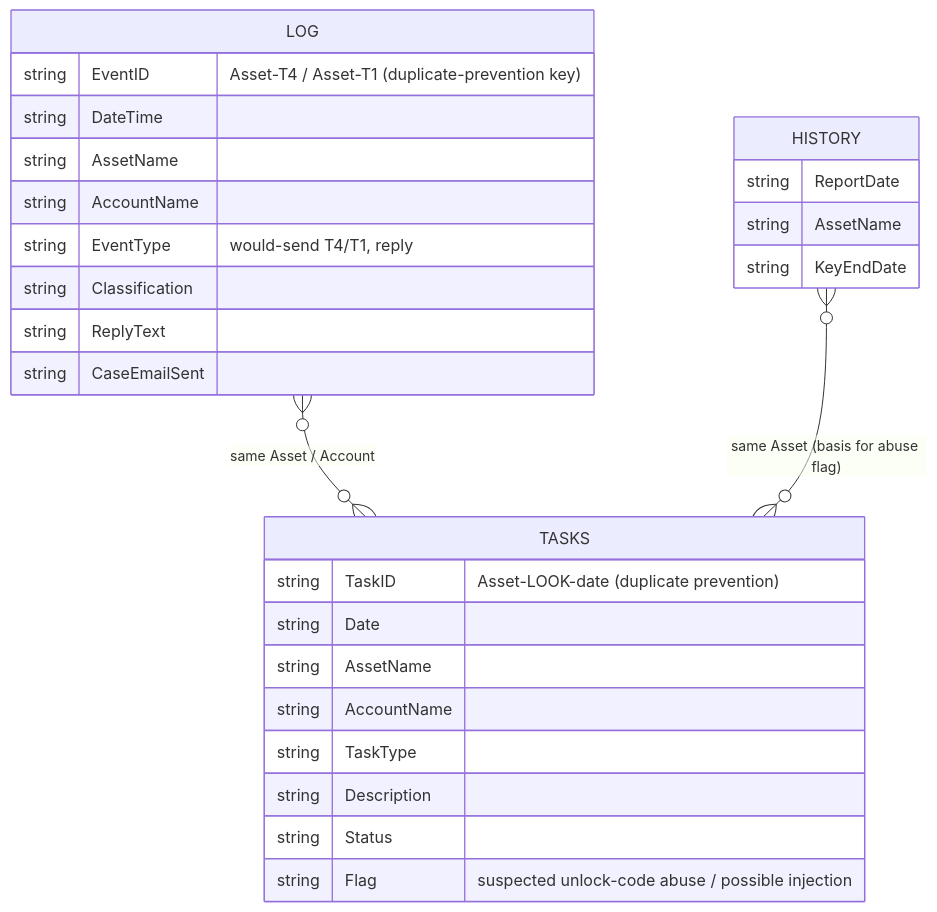
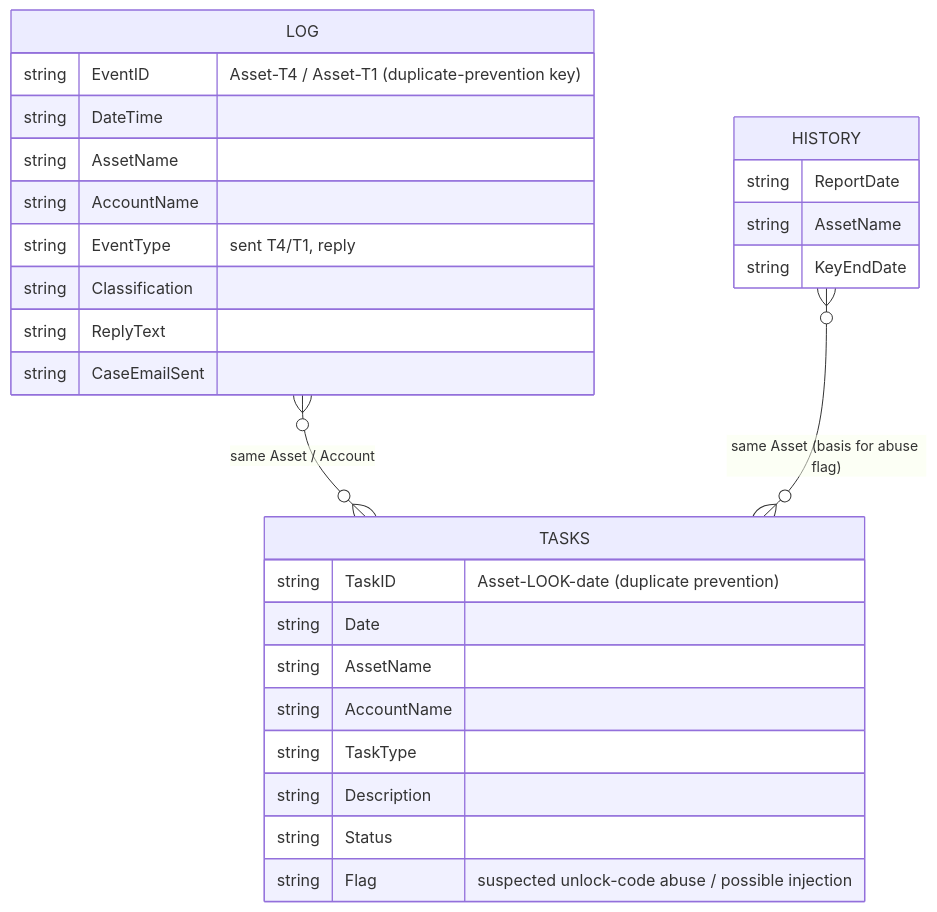
One commit to asaeltaragan-cpu/Time_limit changed the fourth of 4 diagrams in Architecture.md. Above: the diagram before and after it, drawn with Mermaid. The commit also changed other lines of this file and 3 other files, not shown here.

````diff
--- a/Architecture.md
+++ b/Architecture.md
@@ -157,30 +157,30 @@
 ```mermaid
 erDiagram
     LOG {
         string EventID "Asset-T4 / Asset-T1 (duplicate-prevention key)"
         string DateTime
         string AssetName
         string AccountName
-        string EventType "would-send T4/T1, reply"
+        string EventType "sent T4/T1, reply"
         string Classification
         string ReplyText
         string CaseEmailSent
     }
     TASKS {
         string TaskID "Asset-LOOK-date (duplicate prevention)"
         string Date
         string AssetName
         string AccountName
         string TaskType
         string Description
         string Status
         string Flag "suspected unlock-code abuse / possible injection"
     }
     HISTORY {
         string ReportDate
         string AssetName
         string KeyEndDate
     }
     LOG }o--o{ TASKS : "same Asset / Account"
     HISTORY }o--o{ TASKS : "same Asset (basis for abuse flag)"
 ```
````
